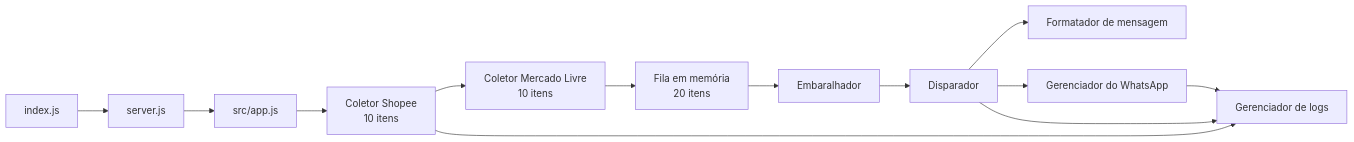
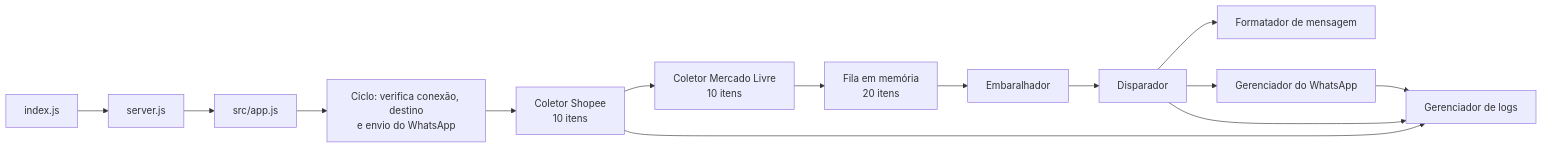
One commit to Carlos96henrique/robo_mensagens changed the first of 2 diagrams in docs/ARQUITETURA.md. Above: the diagram before and after it, drawn with Mermaid. The commit also changed other lines of this file and 12 other files, not shown here.

````diff
--- a/docs/ARQUITETURA.md
+++ b/docs/ARQUITETURA.md
@@ -39,15 +39,16 @@
 ```mermaid
 flowchart LR
     A[index.js] --> B[server.js]
     B --> C[src/app.js]
-    C --> D[Coletor Shopee\n10 itens]
+    C --> L[Ciclo: verifica conexão, destino\ne envio do WhatsApp]
+    L --> D[Coletor Shopee\n10 itens]
     D --> J[Coletor Mercado Livre\n10 itens]
     J --> E[Fila em memória\n20 itens]
     E --> K[Embaralhador]
     K --> F[Disparador]
     F --> G[Formatador de mensagem]
     F --> H[Gerenciador do WhatsApp]
     D --> I[Gerenciador de logs]
     F --> I
     H --> I
 ```
````
